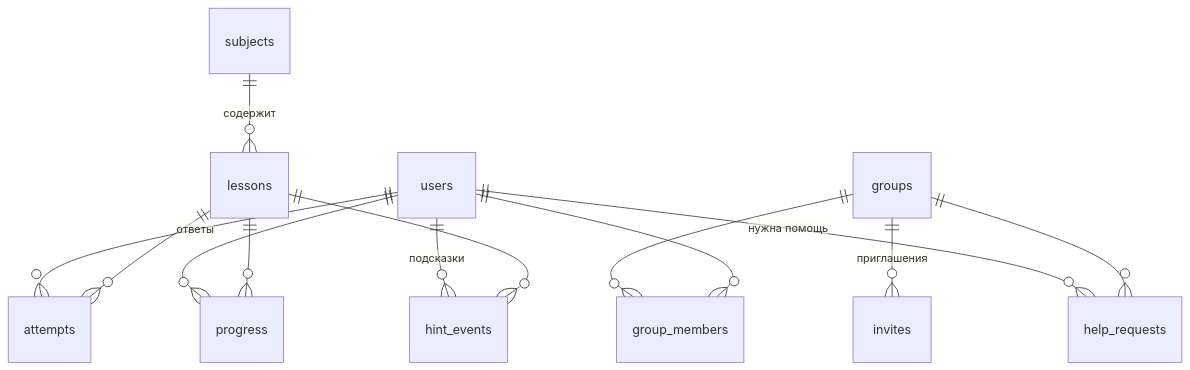
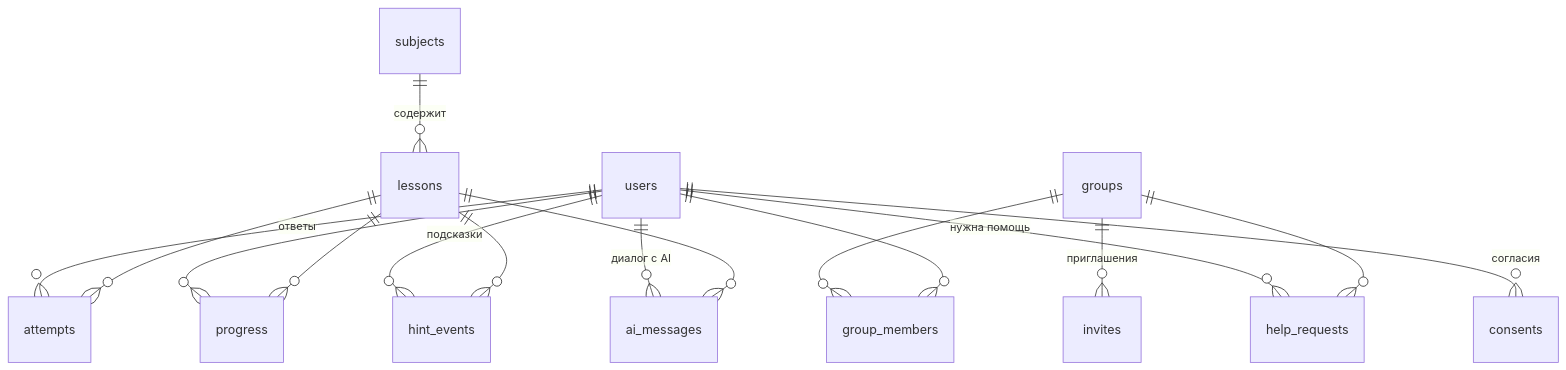
The diagram in docs/database.md (svlab27-web/college-tutor), drawn with Mermaid before and after one commit. The commit also changed other lines of this file, not shown here.

````diff
--- a/docs/database.md
+++ b/docs/database.md
@@ -34,15 +35,18 @@
 ```mermaid
 erDiagram
     subjects ||--o{ lessons : "содержит"
     groups ||--o{ group_members : ""
     users ||--o{ group_members : ""
     groups ||--o{ invites : "приглашения"
     users ||--o{ attempts : "ответы"
     lessons ||--o{ attempts : ""
     users ||--o{ progress : ""
     lessons ||--o{ progress : ""
     users ||--o{ hint_events : "подсказки"
     lessons ||--o{ hint_events : ""
     users ||--o{ help_requests : "нужна помощь"
     groups ||--o{ help_requests : ""
+    users ||--o{ consents : "согласия"
+    users ||--o{ ai_messages : "диалог с AI"
+    lessons ||--o{ ai_messages : ""
 ```
````
